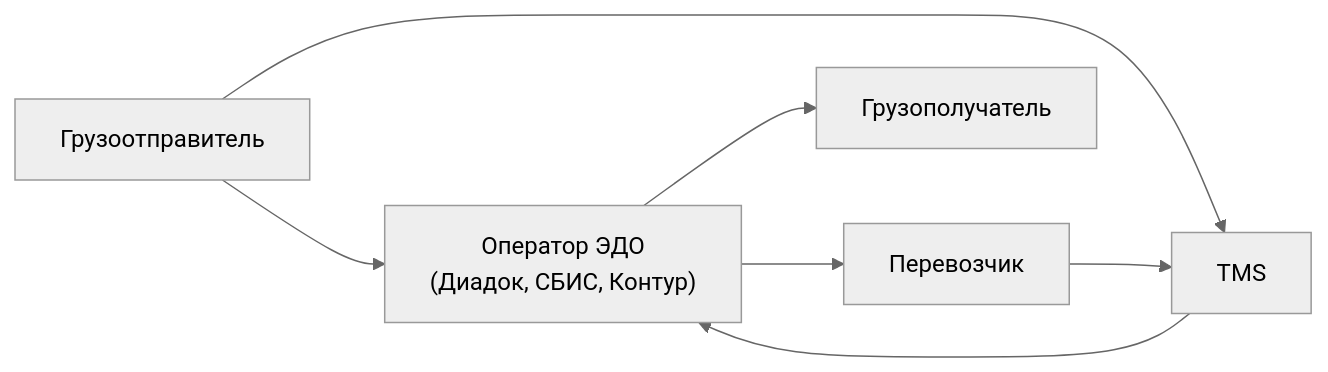
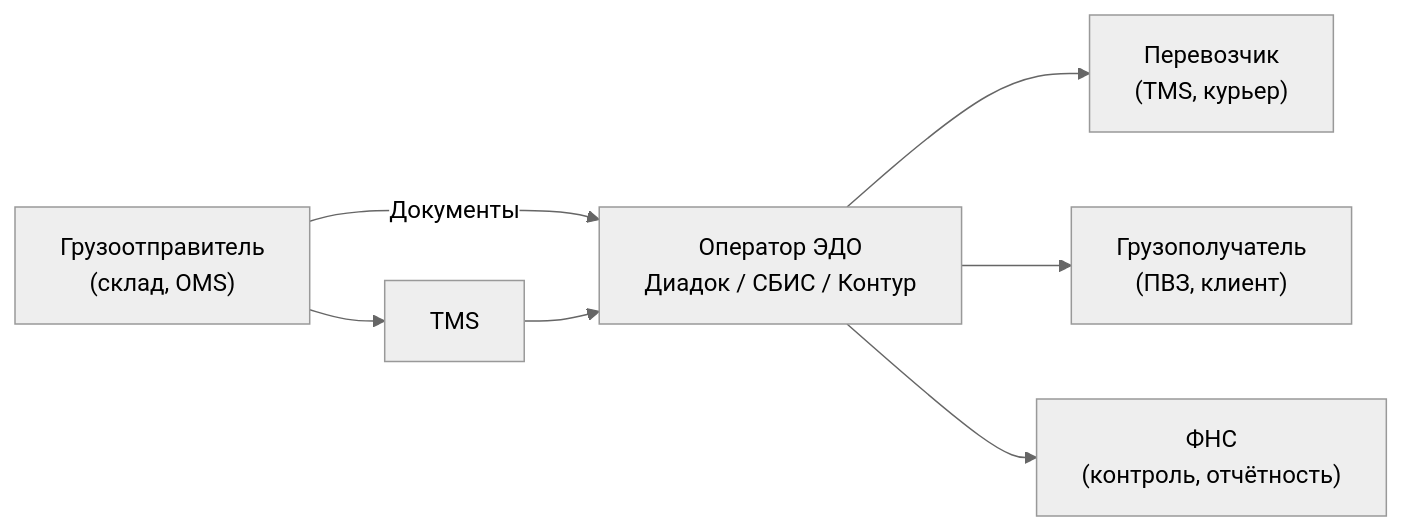
One commit to sergeyodnoval-bot/sysanalyst-kb.github.io changed the first of 2 diagrams in docs/specialization/logistics-edo.md. Above: the diagram before and after it, drawn with Mermaid (neutral theme). The commit also changed other lines of this file and 13 other files, not shown here.

````diff
--- a/docs/specialization/logistics-edo.md
+++ b/docs/specialization/logistics-edo.md
@@ -22,9 +31,9 @@
 ```mermaid
 flowchart LR
-    SHIPPER["Грузоотправитель"] --> EDO["Оператор ЭДО<br/>(Диадок, СБИС, Контур)"]
-    EDO --> CARRIER["Перевозчик"]
-    EDO --> CONSIGNEE["Грузополучатель"]
+    SHIPPER["Грузоотправитель<br/>(склад, OMS)"] -- "Документы" --> EDO["Оператор ЭДО<br/>Диадок / СБИС / Контур"]
+    EDO --> CARRIER["Перевозчик<br/>(TMS, курьер)"]
+    EDO --> CONSIGNEE["Грузополучатель<br/>(ПВЗ, клиент)"]
+    EDO --> TAX["ФНС<br/>(контроль, отчётность)"]
     SHIPPER --> TMS["TMS"]
     TMS --> EDO
-    CARRIER --> TMS
 ```
````
